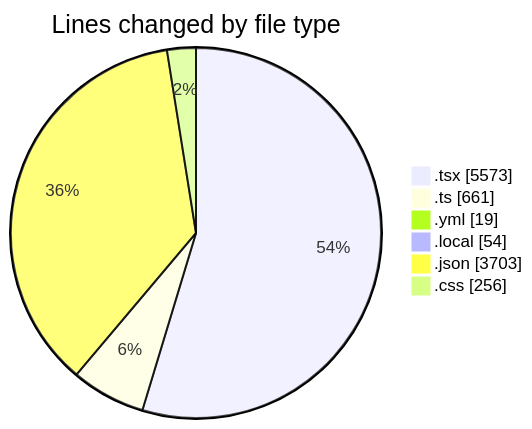
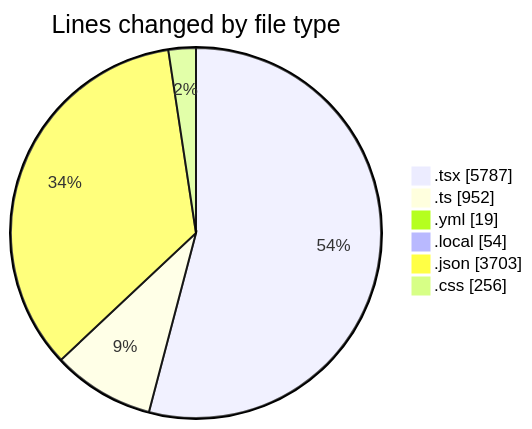
One commit to julien-gomy/code-tracking changed the first of 2 diagrams in 2025-11-18/eventscop-frontend-guide__workspace_/README.md. Above: the diagram before and after it, drawn with Mermaid. The commit also changed other lines of this file and 1 other file, not shown here.

````diff
--- a/2025-11-18/eventscop-frontend-guide__workspace_/README.md
+++ b/2025-11-18/eventscop-frontend-guide__workspace_/README.md
@@ -69,10 +71,10 @@
 ```mermaid
 pie showData
 title Lines changed by file type
-".tsx" : 5573
-".ts" : 661
+".tsx" : 5787
+".ts" : 952
 ".yml" : 19
 ".local" : 54
 ".json" : 3703
 ".css" : 256
 ```
````
